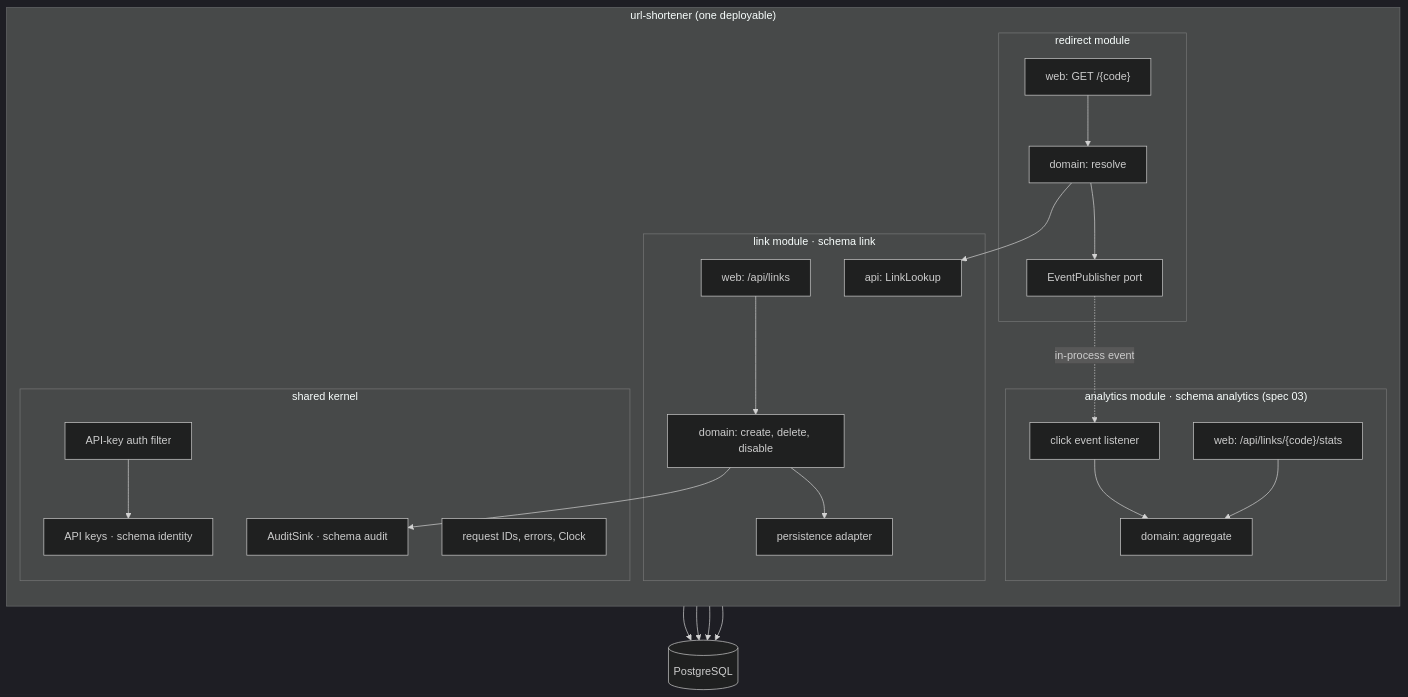
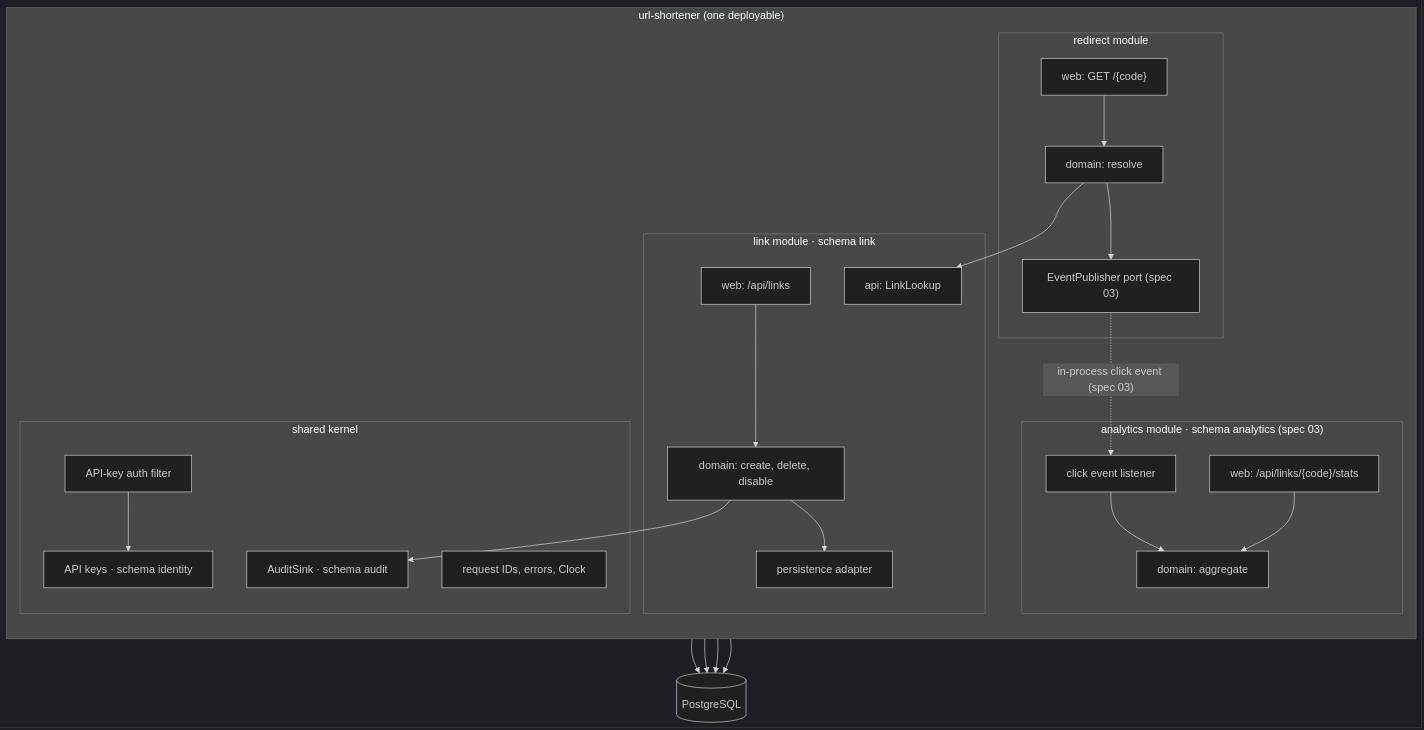
Before and after one commit to harshmittal07/url-shortener: the second of 6 diagrams in docs/ARCHITECTURE.md, drawn with Mermaid (dark theme). The commit also changed other lines of this file and 5 other files, not shown here.

First line of the commit message:
docs: align architecture and security docs with current scope (Codex review)

````diff
--- a/docs/ARCHITECTURE.md
+++ b/docs/ARCHITECTURE.md
@@ -34,33 +34,33 @@
 ```mermaid
 flowchart TB
   subgraph app["url-shortener (one deployable)"]
     direction TB
     subgraph link["link module · schema link"]
       LW["web: /api/links"] --> LS["domain: create, delete, disable"]
       LS --> LP["persistence adapter"]
       LAPI["api: LinkLookup"]
     end
     subgraph redirect["redirect module"]
       RW["web: GET /{code}"] --> RS["domain: resolve"]
       RS --> LAPI
-      RS --> EP["EventPublisher port"]
+      RS --> EP["EventPublisher port (spec 03)"]
     end
     subgraph analytics["analytics module · schema analytics (spec 03)"]
       AC["click event listener"] --> AS["domain: aggregate"]
       AW["web: /api/links/{code}/stats"] --> AS
     end
     subgraph shared["shared kernel"]
       SEC["API-key auth filter"]
       IDN["API keys · schema identity"]
       AUD["AuditSink · schema audit"]
       RID["request IDs, errors, Clock"]
       SEC --> IDN
     end
-    EP -.->|"in-process event"| AC
+    EP -.->|"in-process click event (spec 03)"| AC
     LS --> AUD
   end
   LP --> PG[("PostgreSQL")]
   IDN --> PG
   AUD --> PG
   AS --> PG
 ```
````
